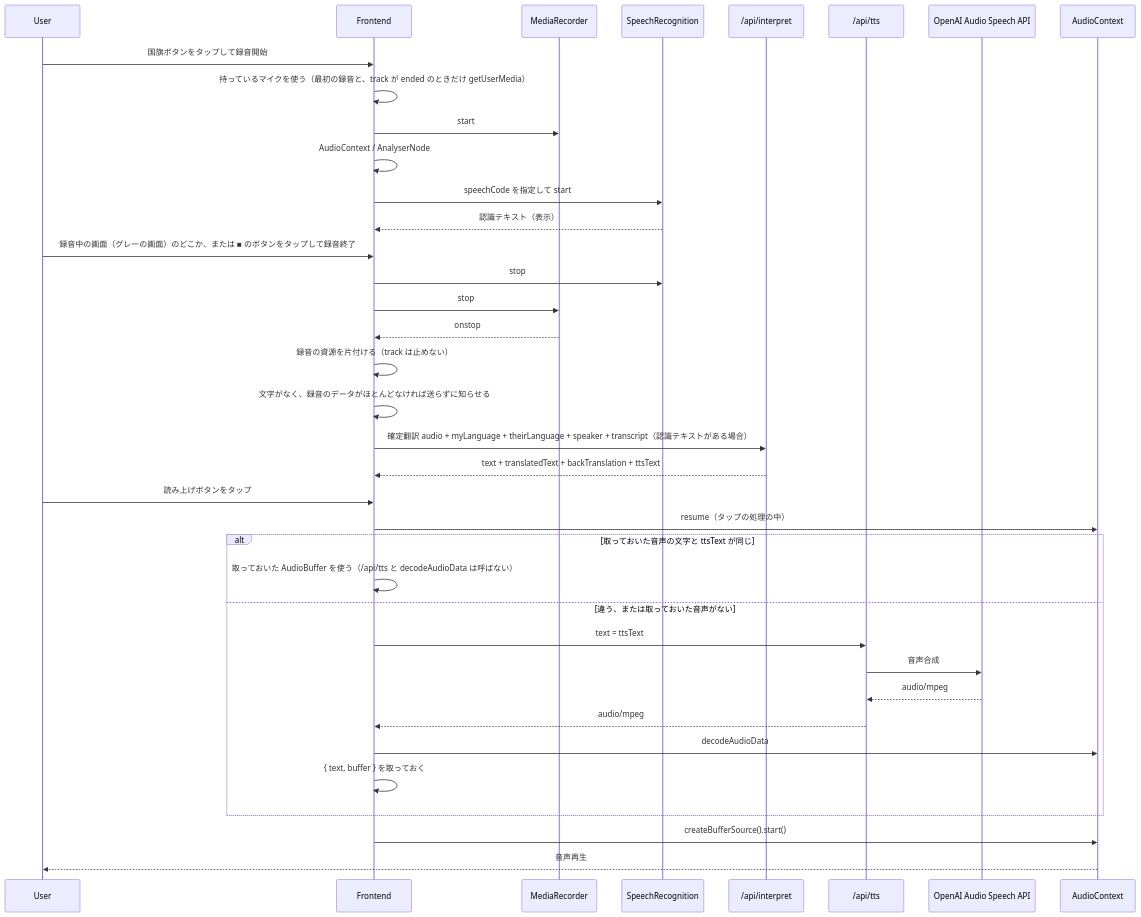
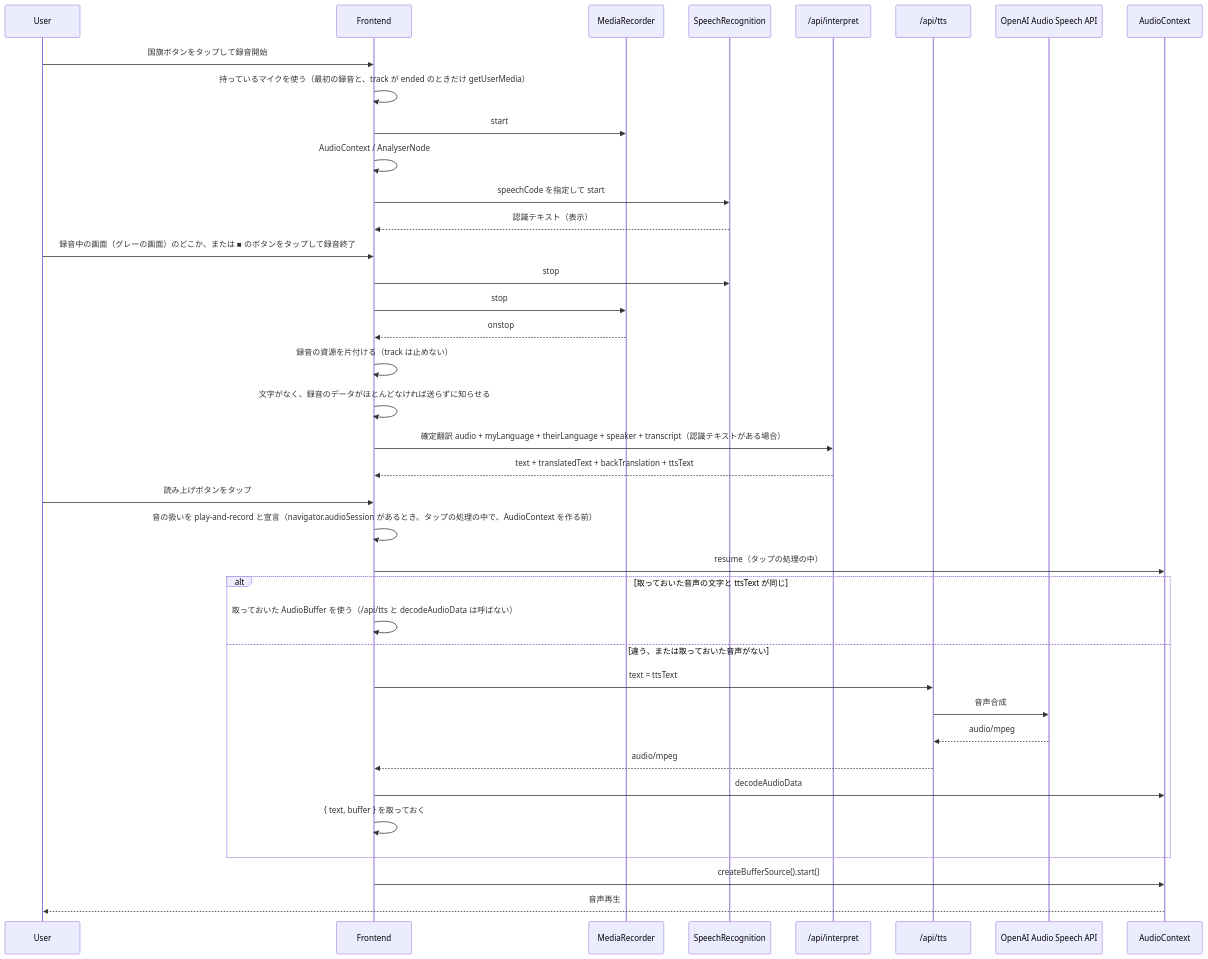
One commit to shin-arita/gotalk changed the first of 2 diagrams in docs/speech-flow.md. Above: the diagram before and after it, drawn with Mermaid. The commit also changed other lines of this file and 12 other files, not shown here.

````diff
--- a/docs/speech-flow.md
+++ b/docs/speech-flow.md
@@ -21,40 +21,41 @@
 ```mermaid
 sequenceDiagram
   participant User as User
   participant FE as Frontend
   participant MR as MediaRecorder
   participant SR as SpeechRecognition
   participant IN as /api/interpret
   participant TTSAPI as /api/tts
   participant Speech as OpenAI Audio Speech API
   participant Audio as AudioContext
 
   User->>FE: 国旗ボタンをタップして録音開始
   FE->>FE: 持っているマイクを使う（最初の録音と、track が ended のときだけ getUserMedia）
   FE->>MR: start
   FE->>FE: AudioContext / AnalyserNode
   FE->>SR: speechCode を指定して start
   SR-->>FE: 認識テキスト（表示）
   User->>FE: 録音中の画面（グレーの画面）のどこか、または ■ のボタンをタップして録音終了
   FE->>SR: stop
   FE->>MR: stop
   MR-->>FE: onstop
   FE->>FE: 録音の資源を片付ける（track は止めない）
   FE->>FE: 文字がなく、録音のデータがほとんどなければ送らずに知らせる
   FE->>IN: 確定翻訳 audio + myLanguage + theirLanguage + speaker + transcript（認識テキストがある場合）
   IN-->>FE: text + translatedText + backTranslation + ttsText
   User->>FE: 読み上げボタンをタップ
+  FE->>FE: 音の扱いを play-and-record と宣言（navigator.audioSession があるとき。タップの処理の中で、AudioContext を作る前）
   FE->>Audio: resume（タップの処理の中）
   alt 取っておいた音声の文字と ttsText が同じ
     FE->>FE: 取っておいた AudioBuffer を使う（/api/tts と decodeAudioData は呼ばない）
   else 違う、または取っておいた音声がない
     FE->>TTSAPI: text = ttsText
     TTSAPI->>Speech: 音声合成
     Speech-->>TTSAPI: audio/mpeg
     TTSAPI-->>FE: audio/mpeg
     FE->>Audio: decodeAudioData
     FE->>FE: { text, buffer } を取っておく
   end
   FE->>Audio: createBufferSource().start()
   Audio-->>User: 音声再生
 ```
````
